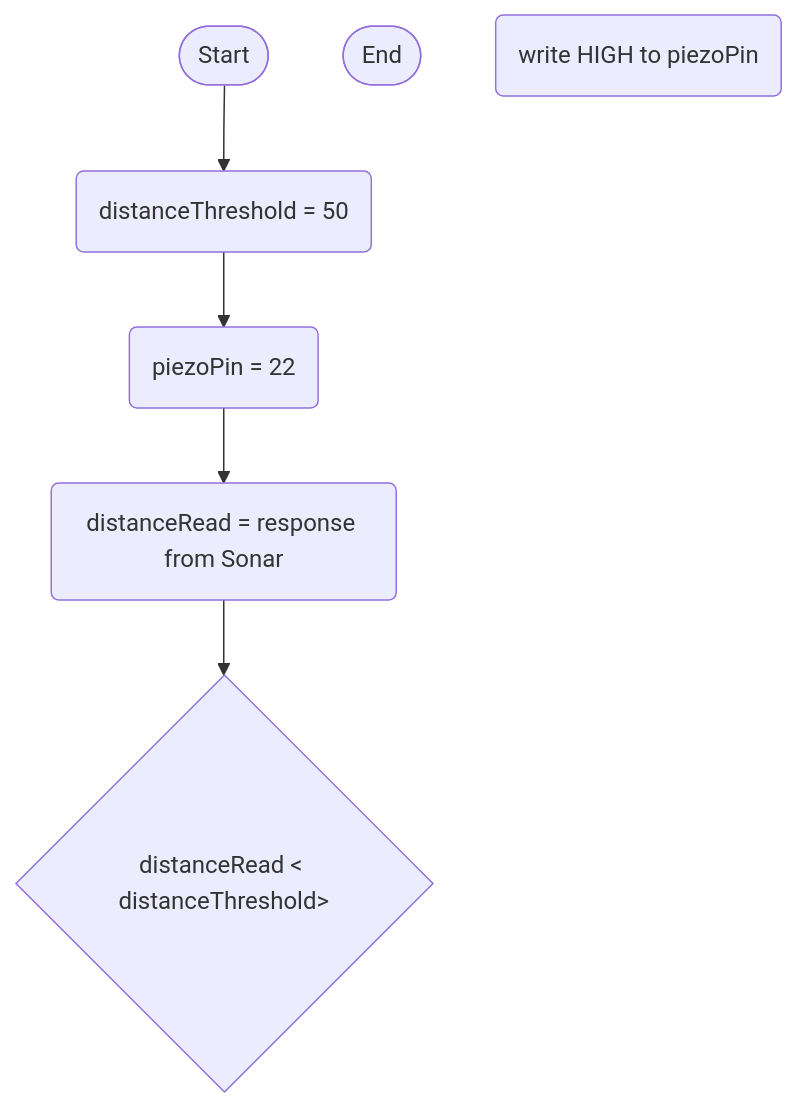
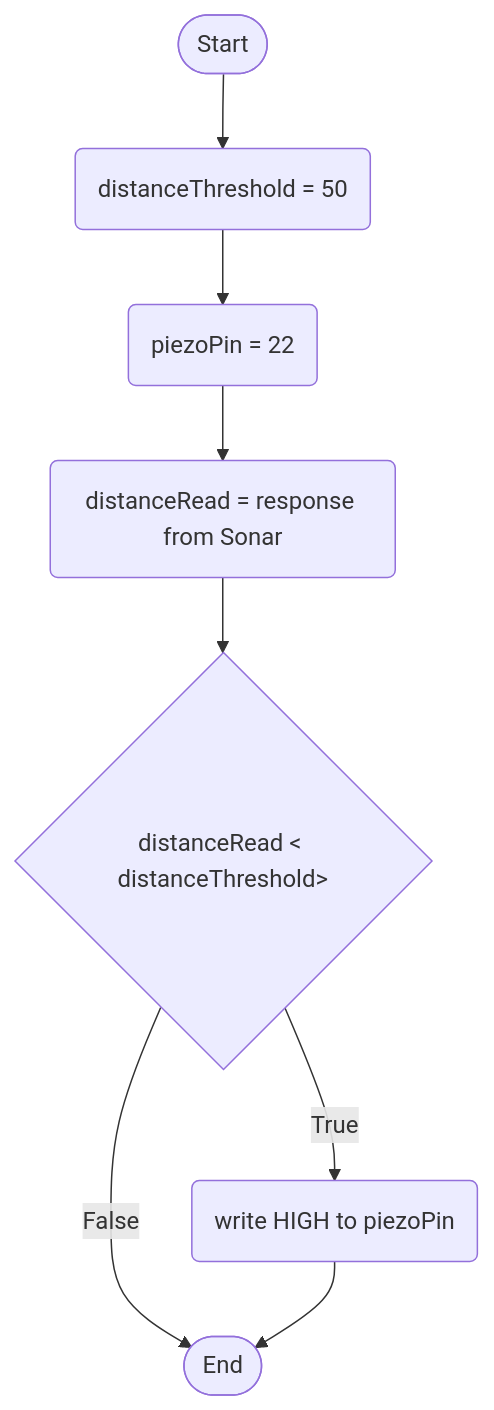
Before and after one commit to GiucciBoi/Programming-2022LTC: the diagram in Logic.md, drawn with Mermaid.

````diff
--- a/Logic.md
+++ b/Logic.md
@@ -1,16 +1,19 @@
 ```mermaid 
 flowchart TD
 terminalStart([Start])
 terminalEnd([End])
 
 thresholdSet(distanceThreshold = 50)
 setPiezoPin(piezoPin = 22)
 currentDistanceReading(distanceRead = response from Sonar)
 activatePiezo(write HIGH to piezoPin)
 ifDistanceLessThanThreshold{distanceRead < distanceThreshold>}
 
 terminalStart --> thresholdSet
 thresholdSet --> setPiezoPin
 setPiezoPin --> currentDistanceReading
 currentDistanceReading --> ifDistanceLessThanThreshold
+ifDistanceLessThanThreshold --> |True| activatePiezo
+ifDistanceLessThanThreshold --> |False| terminalEnd
+activatePiezo --> terminalEnd
 ```
````
